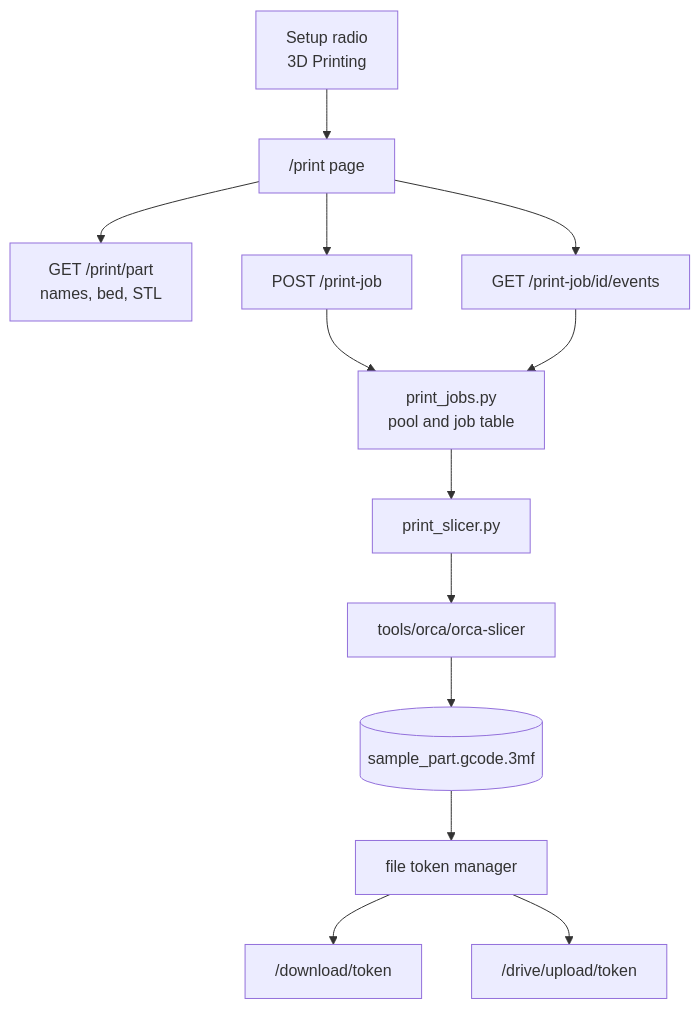
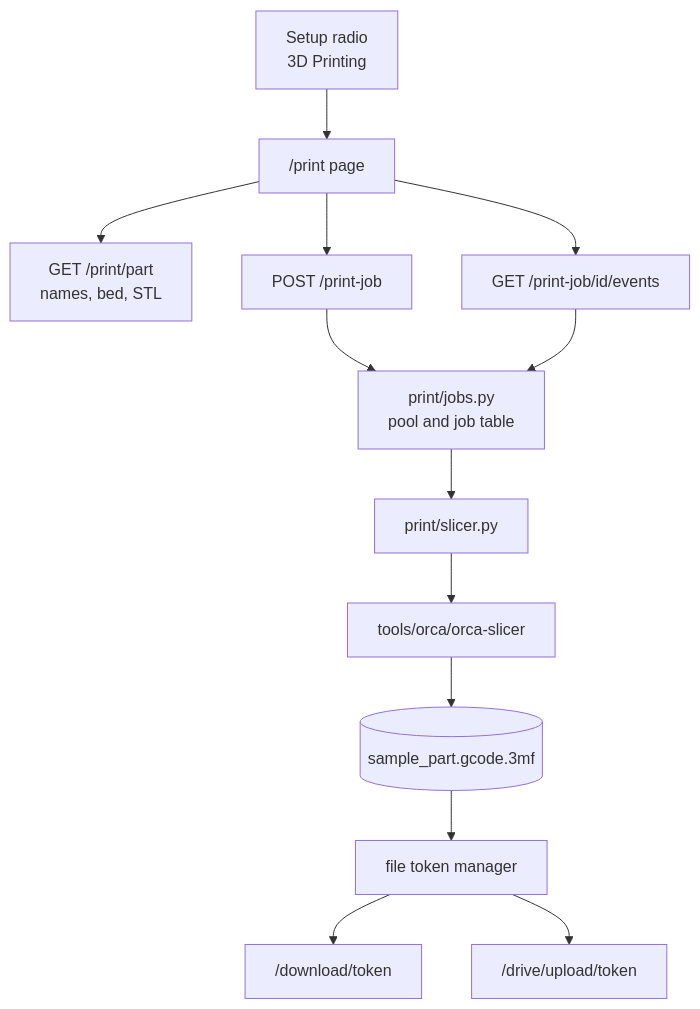
One commit to 6238/PenguinCAM changed the diagram in docs/3D_PRINTING.md. Above: the diagram before and after it, drawn with Mermaid. The commit also changed other lines of this file and 35 other files, not shown here.

````diff
--- a/docs/3D_PRINTING.md
+++ b/docs/3D_PRINTING.md
@@ -28,15 +28,15 @@
 ```mermaid
 flowchart TB
     A["Setup radio<br/>3D Printing"] --> B["/print page"]
     B --> C["GET /print/part<br/>names, bed, STL"]
     B --> D["POST /print-job"]
     B --> S["GET /print-job/id/events"]
-    D --> P["print_jobs.py<br/>pool and job table"]
+    D --> P["print/jobs.py<br/>pool and job table"]
     S --> P
-    P --> E["print_slicer.py"]
+    P --> E["print/slicer.py"]
     E --> F["tools/orca/orca-slicer"]
     F --> G[("sample_part.gcode.3mf")]
     G --> H["file token manager"]
     H --> I["/download/token"]
     H --> J["/drive/upload/token"]
 ```
````
